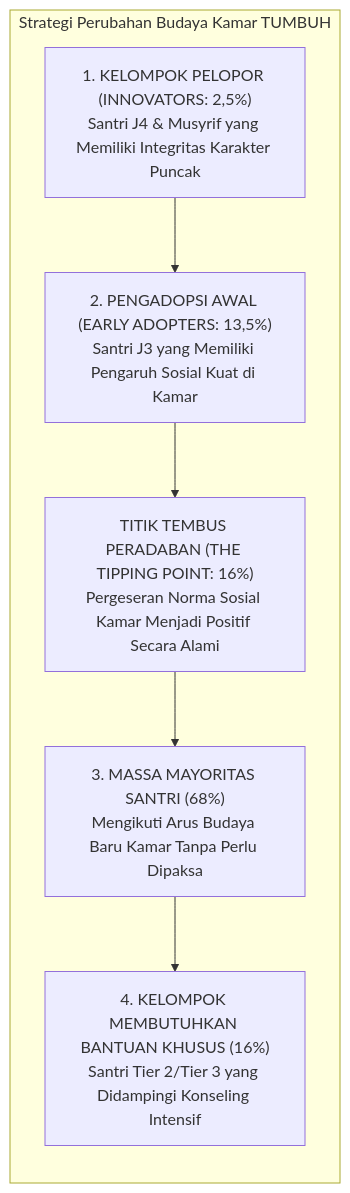
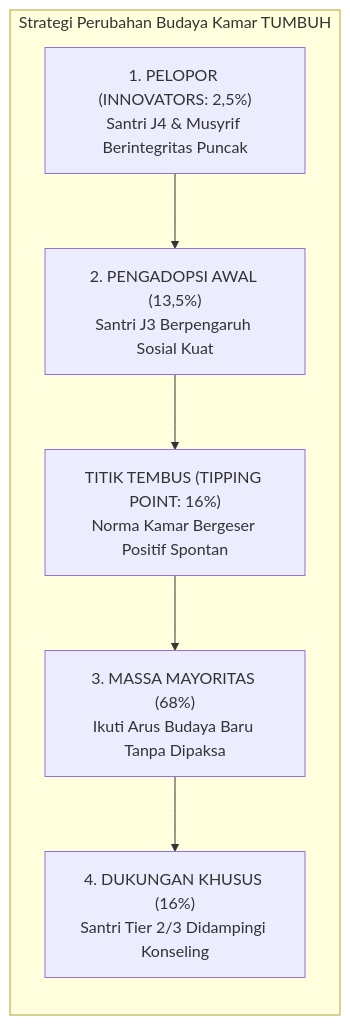
Before and after one commit to wandiapriliyandi/tumbuh: the third of 5 diagrams in BOOK Series 1/01-The-Fundamental-of-TUMBUH/Bab-07-Teori-Perubahan-Perilaku-Berkelanjutan.md, drawn with Mermaid. The commit also changed other lines of this file and 37 other files, not shown here.

Commit message:
fix(book-01): optimasi pemenggalan teks dan overflow seluruh diagram serta render ulang 20 PDF

````diff
--- a/BOOK Series 1/01-The-Fundamental-of-TUMBUH/Bab-07-Teori-Perubahan-Perilaku-Berkelanjutan.md
+++ b/BOOK Series 1/01-The-Fundamental-of-TUMBUH/Bab-07-Teori-Perubahan-Perilaku-Berkelanjutan.md
@@ -128,16 +128,16 @@
 ```mermaid
-graph LR
+graph TD
     subgraph STRATEGI_DIFUSI_ASRAMA["Strategi Perubahan Budaya Kamar TUMBUH"]
         direction TB
-        P["1. KELOMPOK PELOPOR (INNOVATORS: 2,5%)<br/>Santri J4 & Musyrif yang Memiliki Integritas Karakter Puncak"]
-        EA["2. PENGADOPSI AWAL (EARLY ADOPTERS: 13,5%)<br/>Santri J3 yang Memiliki Pengaruh Sosial Kuat di Kamar"]
-        TP["TITIK TEMBUS PERADABAN (THE TIPPING POINT: 16%)<br/>Pergeseran Norma Sosial Kamar Menjadi Positif Secara Alami"]
-        M["3. MASSA MAYORITAS SANTRI (68%)<br/>Mengikuti Arus Budaya Baru Kamar Tanpa Perlu Dipaksa"]
-        L["4. KELOMPOK MEMBUTUHKAN BANTUAN KHUSUS (16%)<br/>Santri Tier 2/Tier 3 yang Didampingi Konseling Intensif"]
+        P["1. PELOPOR (INNOVATORS: 2,5%)<br/>Santri J4 & Musyrif Berintegritas Puncak"]
+        EA["2. PENGADOPSI AWAL (13,5%)<br/>Santri J3 Berpengaruh Sosial Kuat"]
+        TP["TITIK TEMBUS (TIPPING POINT: 16%)<br/>Norma Kamar Bergeser Positif Spontan"]
+        M["3. MASSA MAYORITAS (68%)<br/>Ikuti Arus Budaya Baru Tanpa Dipaksa"]
+        L["4. DUKUNGAN KHUSUS (16%)<br/>Santri Tier 2/3 Didampingi Konseling"]
     end
 
     P --> EA
     EA --> TP
     TP --> M
     M --> L
 ```
````
